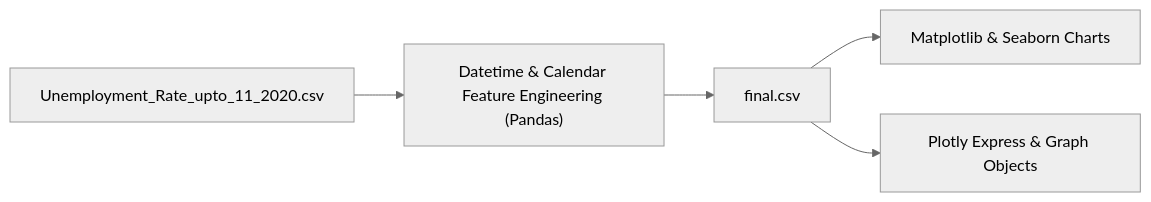
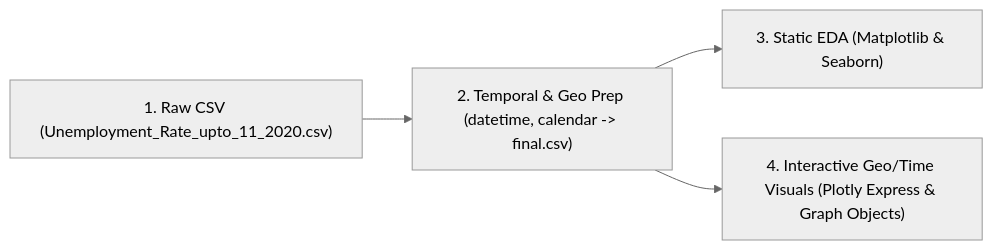
The diagram in README.md (islamsamyy/Unemployment-Data-in-India), drawn with Mermaid (neutral theme) before and after one commit. The commit also changed other lines of this file, not shown here.

Commit message:
docs: add ultra-detailed architecture, schemas, visual showcase, APIs, and business ROI

````diff
--- a/README.md
+++ b/README.md
@@ -11,7 +29,6 @@
 ```mermaid
 flowchart LR
-    Raw["Unemployment_Rate_upto_11_2020.csv"] --> Clean["Datetime & Calendar Feature Engineering (Pandas)"]
-    Clean --> Final["final.csv"]
-    Final --> Static["Matplotlib & Seaborn Charts"]
-    Final --> Interactive["Plotly Express & Graph Objects"]
+    L1["1. Raw CSV (Unemployment_Rate_upto_11_2020.csv)"] --> L2["2. Temporal & Geo Prep (datetime, calendar -> final.csv)"]
+    L2 --> L3["3. Static EDA (Matplotlib & Seaborn)"]
+    L2 --> L4["4. Interactive Geo/Time Visuals (Plotly Express & Graph Objects)"]
 ```
````
